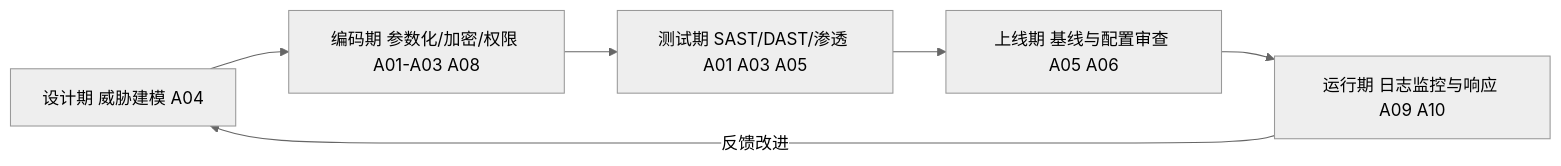
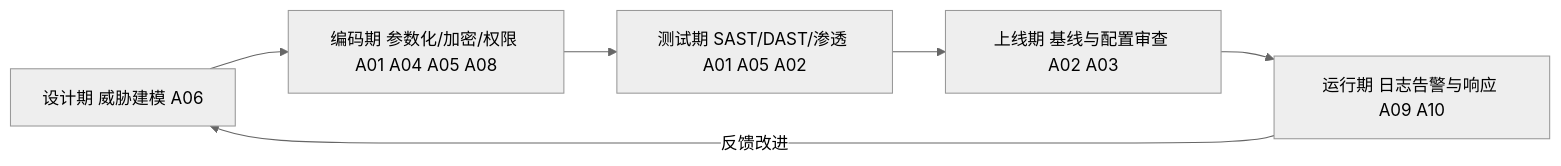
Before and after one commit to fanquanpp/FANDEX: the diagram in cnt-content/full/026-cybersecurity/160-OWASPTop10Detailed.md, drawn with Mermaid (neutral theme). The commit also changed other lines of this file and 1501 other files, not shown here.

````diff
--- a/cnt-content/full/026-cybersecurity/160-OWASPTop10Detailed.md
+++ b/cnt-content/full/026-cybersecurity/160-OWASPTop10Detailed.md
@@ -298,8 +360,8 @@
 ```mermaid
 flowchart LR
-    A[设计期 威胁建模 A04] --> B[编码期 参数化/加密/权限 A01-A03 A08]
-    B --> C[测试期 SAST/DAST/渗透 A01 A03 A05]
-    C --> D[上线期 基线与配置审查 A05 A06]
-    D --> E[运行期 日志监控与响应 A09 A10]
+    A[设计期 威胁建模 A06] --> B[编码期 参数化/加密/权限 A01 A04 A05 A08]
+    B --> C[测试期 SAST/DAST/渗透 A01 A05 A02]
+    C --> D[上线期 基线与配置审查 A02 A03]
+    D --> E[运行期 日志告警与响应 A09 A10]
     E -->|反馈改进| A
 ```
````
